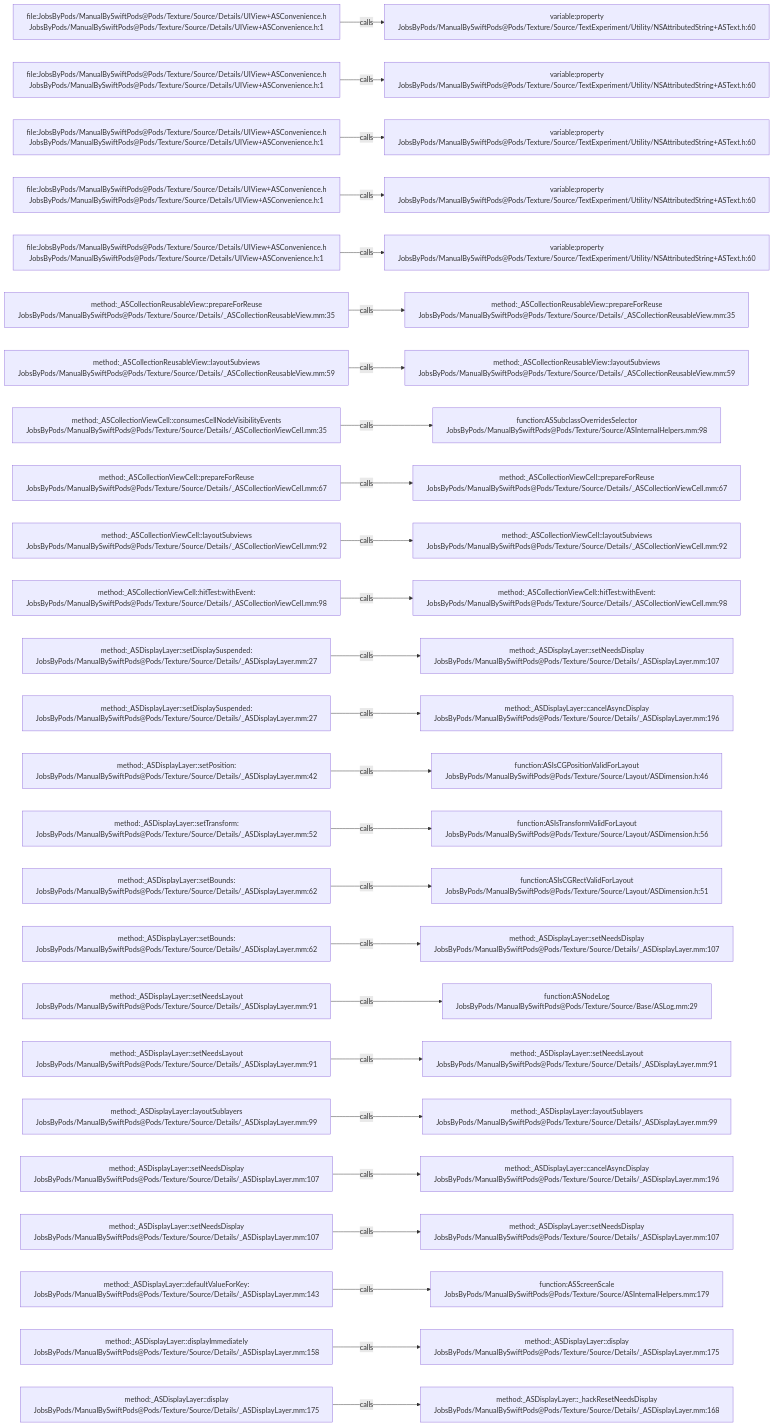
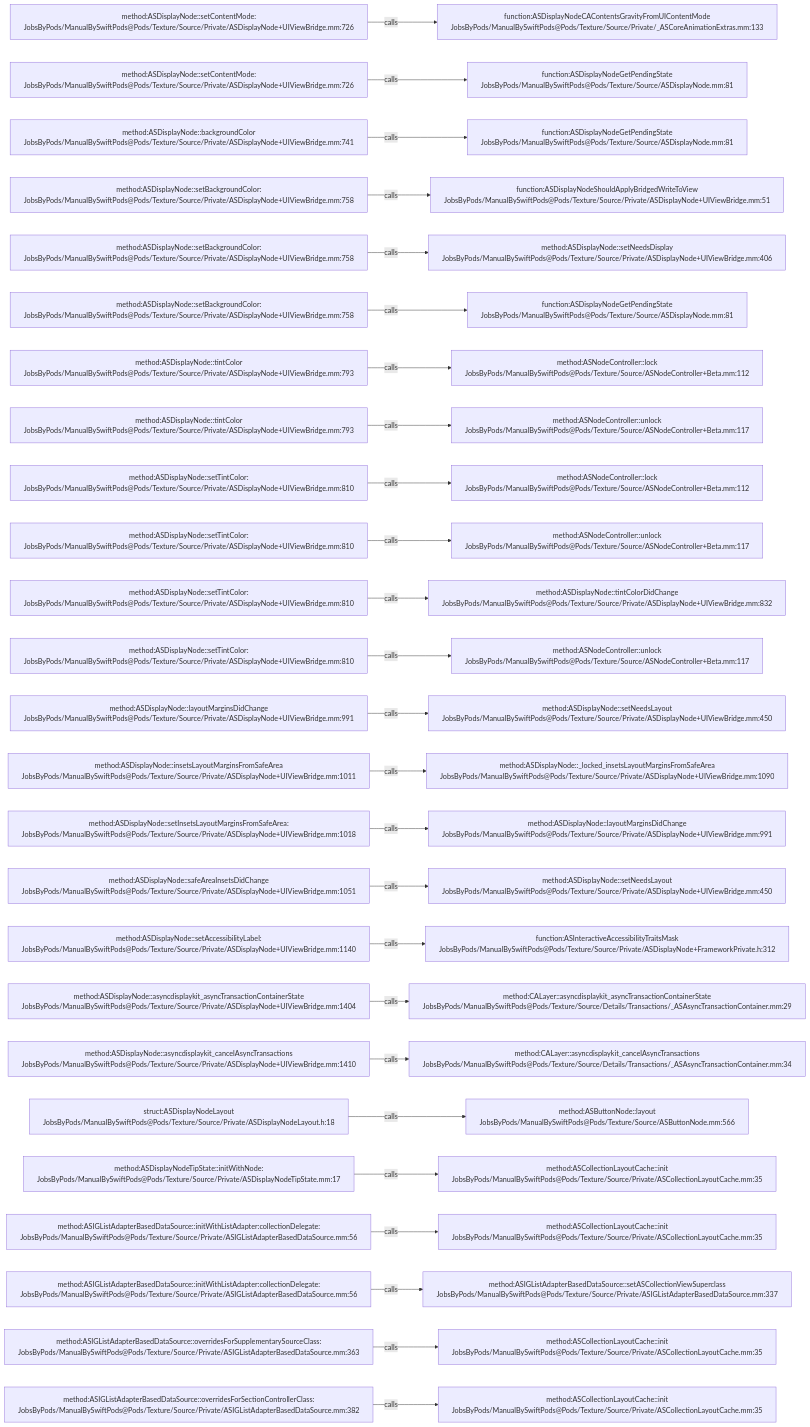
One commit to JobsKits/JobsSwiftBaseConfigDemo changed the diagram in .codegraph/codegraph.md/graphs/calls-120.md. Above: the diagram before and after it, drawn with Mermaid. The commit also changed 832 other files, not shown here.

````diff
--- a/.codegraph/codegraph.md/graphs/calls-120.md
+++ b/.codegraph/codegraph.md/graphs/calls-120.md
@@ -13,78 +13,78 @@
 ```mermaid
 flowchart LR
-  S1["file:JobsByPods/ManualBySwiftPods@Pods/Texture/Source/Details/UIView+ASConvenience.h<br/>JobsByPods/ManualBySwiftPods@Pods/Texture/Source/Details/UIView+ASConvenience.h:1"]
-  T1["variable:property<br/>JobsByPods/ManualBySwiftPods@Pods/Texture/Source/TextExperiment/Utility/NSAttributedString+ASText.h:60"]
+  S1["method:ASDisplayNode::setContentMode:<br/>JobsByPods/ManualBySwiftPods@Pods/Texture/Source/Private/ASDisplayNode+UIViewBridge.mm:726"]
+  T1["function:ASDisplayNodeCAContentsGravityFromUIContentMode<br/>JobsByPods/ManualBySwiftPods@Pods/Texture/Source/Private/_ASCoreAnimationExtras.mm:133"]
   S1 -->|calls| T1
-  S2["file:JobsByPods/ManualBySwiftPods@Pods/Texture/Source/Details/UIView+ASConvenience.h<br/>JobsByPods/ManualBySwiftPods@Pods/Texture/Source/Details/UIView+ASConvenience.h:1"]
-  T2["variable:property<br/>JobsByPods/ManualBySwiftPods@Pods/Texture/Source/TextExperiment/Utility/NSAttributedString+ASText.h:60"]
+  S2["method:ASDisplayNode::setContentMode:<br/>JobsByPods/ManualBySwiftPods@Pods/Texture/Source/Private/ASDisplayNode+UIViewBridge.mm:726"]
+  T2["function:ASDisplayNodeGetPendingState<br/>JobsByPods/ManualBySwiftPods@Pods/Texture/Source/ASDisplayNode.mm:81"]
   S2 -->|calls| T2
-  S3["file:JobsByPods/ManualBySwiftPods@Pods/Texture/Source/Details/UIView+ASConvenience.h<br/>JobsByPods/ManualBySwiftPods@Pods/Texture/Source/Details/UIView+ASConvenience.h:1"]
-  T3["variable:property<br/>JobsByPods/ManualBySwiftPods@Pods/Texture/Source/TextExperiment/Utility/NSAttributedString+ASText.h:60"]
+  S3["method:ASDisplayNode::backgroundColor<br/>JobsByPods/ManualBySwiftPods@Pods/Texture/Source/Private/ASDisplayNode+UIViewBridge.mm:741"]
+  T3["function:ASDisplayNodeGetPendingState<br/>JobsByPods/ManualBySwiftPods@Pods/Texture/Source/ASDisplayNode.mm:81"]
   S3 -->|calls| T3
-  S4["file:JobsByPods/ManualBySwiftPods@Pods/Texture/Source/Details/UIView+ASConvenience.h<br/>JobsByPods/ManualBySwiftPods@Pods/Texture/Source/Details/UIView+ASConvenience.h:1"]
-  T4["variable:property<br/>JobsByPods/ManualBySwiftPods@Pods/Texture/Source/TextExperiment/Utility/NSAttributedString+ASText.h:60"]
+  S4["method:ASDisplayNode::setBackgroundColor:<br/>JobsByPods/ManualBySwiftPods@Pods/Texture/Source/Private/ASDisplayNode+UIViewBridge.mm:758"]
+  T4["function:ASDisplayNodeShouldApplyBridgedWriteToView<br/>JobsByPods/ManualBySwiftPods@Pods/Texture/Source/Private/ASDisplayNode+UIViewBridge.mm:51"]
   S4 -->|calls| T4
-  S5["file:JobsByPods/ManualBySwiftPods@Pods/Texture/Source/Details/UIView+ASConvenience.h<br/>JobsByPods/ManualBySwiftPods@Pods/Texture/Source/Details/UIView+ASConvenience.h:1"]
-  T5["variable:property<br/>JobsByPods/ManualBySwiftPods@Pods/Texture/Source/TextExperiment/Utility/NSAttributedString+ASText.h:60"]
+  S5["method:ASDisplayNode::setBackgroundColor:<br/>JobsByPods/ManualBySwiftPods@Pods/Texture/Source/Private/ASDisplayNode+UIViewBridge.mm:758"]
+  T5["method:ASDisplayNode::setNeedsDisplay<br/>JobsByPods/ManualBySwiftPods@Pods/Texture/Source/Private/ASDisplayNode+UIViewBridge.mm:406"]
   S5 -->|calls| T5
-  S6["method:_ASCollectionReusableView::prepareForReuse<br/>JobsByPods/ManualBySwiftPods@Pods/Texture/Source/Details/_ASCollectionReusableView.mm:35"]
-  T6["method:_ASCollectionReusableView::prepareForReuse<br/>JobsByPods/ManualBySwiftPods@Pods/Texture/Source/Details/_ASCollectionReusableView.mm:35"]
+  S6["method:ASDisplayNode::setBackgroundColor:<br/>JobsByPods/ManualBySwiftPods@Pods/Texture/Source/Private/ASDisplayNode+UIViewBridge.mm:758"]
+  T6["function:ASDisplayNodeGetPendingState<br/>JobsByPods/ManualBySwiftPods@Pods/Texture/Source/ASDisplayNode.mm:81"]
   S6 -->|calls| T6
-  S7["method:_ASCollectionReusableView::layoutSubviews<br/>JobsByPods/ManualBySwiftPods@Pods/Texture/Source/Details/_ASCollectionReusableView.mm:59"]
-  T7["method:_ASCollectionReusableView::layoutSubviews<br/>JobsByPods/ManualBySwiftPods@Pods/Texture/Source/Details/_ASCollectionReusableView.mm:59"]
+  S7["method:ASDisplayNode::tintColor<br/>JobsByPods/ManualBySwiftPods@Pods/Texture/Source/Private/ASDisplayNode+UIViewBridge.mm:793"]
+  T7["method:ASNodeController::lock<br/>JobsByPods/ManualBySwiftPods@Pods/Texture/Source/ASNodeController+Beta.mm:112"]
   S7 -->|calls| T7
-  S8["method:_ASCollectionViewCell::consumesCellNodeVisibilityEvents<br/>JobsByPods/ManualBySwiftPods@Pods/Texture/Source/Details/_ASCollectionViewCell.mm:35"]
-  T8["function:ASSubclassOverridesSelector<br/>JobsByPods/ManualBySwiftPods@Pods/Texture/Source/ASInternalHelpers.mm:98"]
+  S8["method:ASDisplayNode::tintColor<br/>JobsByPods/ManualBySwiftPods@Pods/Texture/Source/Private/ASDisplayNode+UIViewBridge.mm:793"]
+  T8["method:ASNodeController::unlock<br/>JobsByPods/ManualBySwiftPods@Pods/Texture/Source/ASNodeController+Beta.mm:117"]
   S8 -->|calls| T8
-  S9["method:_ASCollectionViewCell::prepareForReuse<br/>JobsByPods/ManualBySwiftPods@Pods/Texture/Source/Details/_ASCollectionViewCell.mm:67"]
-  T9["method:_ASCollectionViewCell::prepareForReuse<br/>JobsByPods/ManualBySwiftPods@Pods/Texture/Source/Details/_ASCollectionViewCell.mm:67"]
+  S9["method:ASDisplayNode::setTintColor:<br/>JobsByPods/ManualBySwiftPods@Pods/Texture/Source/Private/ASDisplayNode+UIViewBridge.mm:810"]
+  T9["method:ASNodeController::lock<br/>JobsByPods/ManualBySwiftPods@Pods/Texture/Source/ASNodeController+Beta.mm:112"]
   S9 -->|calls| T9
-  S10["method:_ASCollectionViewCell::layoutSubviews<br/>JobsByPods/ManualBySwiftPods@Pods/Texture/Source/Details/_ASCollectionViewCell.mm:92"]
-  T10["method:_ASCollectionViewCell::layoutSubviews<br/>JobsByPods/ManualBySwiftPods@Pods/Texture/Source/Details/_ASCollectionViewCell.mm:92"]
+  S10["method:ASDisplayNode::setTintColor:<br/>JobsByPods/ManualBySwiftPods@Pods/Texture/Source/Private/ASDisplayNode+UIViewBridge.mm:810"]
+  T10["method:ASNodeController::unlock<br/>JobsByPods/ManualBySwiftPods@Pods/Texture/Source/ASNodeController+Beta.mm:117"]
   S10 -->|calls| T10
-  S11["method:_ASCollectionViewCell::hitTest:withEvent:<br/>JobsByPods/ManualBySwiftPods@Pods/Texture/Source/Details/_ASCollectionViewCell.mm:98"]
-  T11["method:_ASCollectionViewCell::hitTest:withEvent:<br/>JobsByPods/ManualBySwiftPods@Pods/Texture/Source/Details/_ASCollectionViewCell.mm:98"]
+  S11["method:ASDisplayNode::setTintColor:<br/>JobsByPods/ManualBySwiftPods@Pods/Texture/Source/Private/ASDisplayNode+UIViewBridge.mm:810"]
+  T11["method:ASDisplayNode::tintColorDidChange<br/>JobsByPods/ManualBySwiftPods@Pods/Texture/Source/Private/ASDisplayNode+UIViewBridge.mm:832"]
   S11 -->|calls| T11
-  S12["method:_ASDisplayLayer::setDisplaySuspended:<br/>JobsByPods/ManualBySwiftPods@Pods/Texture/Source/Details/_ASDisplayLayer.mm:27"]
-  T12["method:_ASDisplayLayer::setNeedsDisplay<br/>JobsByPods/ManualBySwiftPods@Pods/Texture/Source/Details/_ASDisplayLayer.mm:107"]
+  S12["method:ASDisplayNode::setTintColor:<br/>JobsByPods/ManualBySwiftPods@Pods/Texture/Source/Private/ASDisplayNode+UIViewBridge.mm:810"]
+  T12["method:ASNodeController::unlock<br/>JobsByPods/ManualBySwiftPods@Pods/Texture/Source/ASNodeController+Beta.mm:117"]
   S12 -->|calls| T12
-  S13["method:_ASDisplayLayer::setDisplaySuspended:<br/>JobsByPods/ManualBySwiftPods@Pods/Texture/Source/Details/_ASDisplayLayer.mm:27"]
-  T13["method:_ASDisplayLayer::cancelAsyncDisplay<br/>JobsByPods/ManualBySwiftPods@Pods/Texture/Source/Details/_ASDisplayLayer.mm:196"]
+  S13["method:ASDisplayNode::layoutMarginsDidChange<br/>JobsByPods/ManualBySwiftPods@Pods/Texture/Source/Private/ASDisplayNode+UIViewBridge.mm:991"]
+  T13["method:ASDisplayNode::setNeedsLayout<br/>JobsByPods/ManualBySwiftPods@Pods/Texture/Source/Private/ASDisplayNode+UIViewBridge.mm:450"]
   S13 -->|calls| T13
-  S14["method:_ASDisplayLayer::setPosition:<br/>JobsByPods/ManualBySwiftPods@Pods/Texture/Source/Details/_ASDisplayLayer.mm:42"]
-  T14["function:ASIsCGPositionValidForLayout<br/>JobsByPods/ManualBySwiftPods@Pods/Texture/Source/Layout/ASDimension.h:46"]
+  S14["method:ASDisplayNode::insetsLayoutMarginsFromSafeArea<br/>JobsByPods/ManualBySwiftPods@Pods/Texture/Source/Private/ASDisplayNode+UIViewBridge.mm:1011"]
+  T14["method:ASDisplayNode::_locked_insetsLayoutMarginsFromSafeArea<br/>JobsByPods/ManualBySwiftPods@Pods/Texture/Source/Private/ASDisplayNode+UIViewBridge.mm:1090"]
   S14 -->|calls| T14
-  S15["method:_ASDisplayLayer::setTransform:<br/>JobsByPods/ManualBySwiftPods@Pods/Texture/Source/Details/_ASDisplayLayer.mm:52"]
-  T15["function:ASIsTransformValidForLayout<br/>JobsByPods/ManualBySwiftPods@Pods/Texture/Source/Layout/ASDimension.h:56"]
+  S15["method:ASDisplayNode::setInsetsLayoutMarginsFromSafeArea:<br/>JobsByPods/ManualBySwiftPods@Pods/Texture/Source/Private/ASDisplayNode+UIViewBridge.mm:1018"]
+  T15["method:ASDisplayNode::layoutMarginsDidChange<br/>JobsByPods/ManualBySwiftPods@Pods/Texture/Source/Private/ASDisplayNode+UIViewBridge.mm:991"]
   S15 -->|calls| T15
-  S16["method:_ASDisplayLayer::setBounds:<br/>JobsByPods/ManualBySwiftPods@Pods/Texture/Source/Details/_ASDisplayLayer.mm:62"]
-  T16["function:ASIsCGRectValidForLayout<br/>JobsByPods/ManualBySwiftPods@Pods/Texture/Source/Layout/ASDimension.h:51"]
+  S16["method:ASDisplayNode::safeAreaInsetsDidChange<br/>JobsByPods/ManualBySwiftPods@Pods/Texture/Source/Private/ASDisplayNode+UIViewBridge.mm:1051"]
+  T16["method:ASDisplayNode::setNeedsLayout<br/>JobsByPods/ManualBySwiftPods@Pods/Texture/Source/Private/ASDisplayNode+UIViewBridge.mm:450"]
   S16 -->|calls| T16
-  S17["method:_ASDisplayLayer::setBounds:<br/>JobsByPods/ManualBySwiftPods@Pods/Texture/Source/Details/_ASDisplayLayer.mm:62"]
-  T17["method:_ASDisplayLayer::setNeedsDisplay<br/>JobsByPods/ManualBySwiftPods@Pods/Texture/Source/Details/_ASDisplayLayer.mm:107"]
+  S17["method:ASDisplayNode::setAccessibilityLabel:<br/>JobsByPods/ManualBySwiftPods@Pods/Texture/Source/Private/ASDisplayNode+UIViewBridge.mm:1140"]
+  T17["function:ASInteractiveAccessibilityTraitsMask<br/>JobsByPods/ManualBySwiftPods@Pods/Texture/Source/Private/ASDisplayNode+FrameworkPrivate.h:312"]
   S17 -->|calls| T17
-  S18["method:_ASDisplayLayer::setNeedsLayout<br/>JobsByPods/ManualBySwiftPods@Pods/Texture/Source/Details/_ASDisplayLayer.mm:91"]
-  T18["function:ASNodeLog<br/>JobsByPods/ManualBySwiftPods@Pods/Texture/Source/Base/ASLog.mm:29"]
+  S18["method:ASDisplayNode::asyncdisplaykit_asyncTransactionContainerState<br/>JobsByPods/ManualBySwiftPods@Pods/Texture/Source/Private/ASDisplayNode+UIViewBridge.mm:1404"]
+  T18["method:CALayer::asyncdisplaykit_asyncTransactionContainerState<br/>JobsByPods/ManualBySwiftPods@Pods/Texture/Source/Details/Transactions/_ASAsyncTransactionContainer.mm:29"]
   S18 -->|calls| T18
-  S19["method:_ASDisplayLayer::setNeedsLayout<br/>JobsByPods/ManualBySwiftPods@Pods/Texture/Source/Details/_ASDisplayLayer.mm:91"]
-  T19["method:_ASDisplayLayer::setNeedsLayout<br/>JobsByPods/ManualBySwiftPods@Pods/Texture/Source/Details/_ASDisplayLayer.mm:91"]
+  S19["method:ASDisplayNode::asyncdisplaykit_cancelAsyncTransactions<br/>JobsByPods/ManualBySwiftPods@Pods/Texture/Source/Private/ASDisplayNode+UIViewBridge.mm:1410"]
+  T19["method:CALayer::asyncdisplaykit_cancelAsyncTransactions<br/>JobsByPods/ManualBySwiftPods@Pods/Texture/Source/Details/Transactions/_ASAsyncTransactionContainer.mm:34"]
   S19 -->|calls| T19
-  S20["method:_ASDisplayLayer::layoutSublayers<br/>JobsByPods/ManualBySwiftPods@Pods/Texture/Source/Details/_ASDisplayLayer.mm:99"]
-  T20["method:_ASDisplayLayer::layoutSublayers<br/>JobsByPods/ManualBySwiftPods@Pods/Texture/Source/Details/_ASDisplayLayer.mm:99"]
+  S20["struct:ASDisplayNodeLayout<br/>JobsByPods/ManualBySwiftPods@Pods/Texture/Source/Private/ASDisplayNodeLayout.h:18"]
+  T20["method:ASButtonNode::layout<br/>JobsByPods/ManualBySwiftPods@Pods/Texture/Source/ASButtonNode.mm:566"]
   S20 -->|calls| T20
-  S21["method:_ASDisplayLayer::setNeedsDisplay<br/>JobsByPods/ManualBySwiftPods@Pods/Texture/Source/Details/_ASDisplayLayer.mm:107"]
-  T21["method:_ASDisplayLayer::cancelAsyncDisplay<br/>JobsByPods/ManualBySwiftPods@Pods/Texture/Source/Details/_ASDisplayLayer.mm:196"]
+  S21["method:ASDisplayNodeTipState::initWithNode:<br/>JobsByPods/ManualBySwiftPods@Pods/Texture/Source/Private/ASDisplayNodeTipState.mm:17"]
+  T21["method:ASCollectionLayoutCache::init<br/>JobsByPods/ManualBySwiftPods@Pods/Texture/Source/Private/ASCollectionLayoutCache.mm:35"]
   S21 -->|calls| T21
-  S22["method:_ASDisplayLayer::setNeedsDisplay<br/>JobsByPods/ManualBySwiftPods@Pods/Texture/Source/Details/_ASDisplayLayer.mm:107"]
-  T22["method:_ASDisplayLayer::setNeedsDisplay<br/>JobsByPods/ManualBySwiftPods@Pods/Texture/Source/Details/_ASDisplayLayer.mm:107"]
+  S22["method:ASIGListAdapterBasedDataSource::initWithListAdapter:collectionDelegate:<br/>JobsByPods/ManualBySwiftPods@Pods/Texture/Source/Private/ASIGListAdapterBasedDataSource.mm:56"]
+  T22["method:ASCollectionLayoutCache::init<br/>JobsByPods/ManualBySwiftPods@Pods/Texture/Source/Private/ASCollectionLayoutCache.mm:35"]
   S22 -->|calls| T22
-  S23["method:_ASDisplayLayer::defaultValueForKey:<br/>JobsByPods/ManualBySwiftPods@Pods/Texture/Source/Details/_ASDisplayLayer.mm:143"]
-  T23["function:ASScreenScale<br/>JobsByPods/ManualBySwiftPods@Pods/Texture/Source/ASInternalHelpers.mm:179"]
+  S23["method:ASIGListAdapterBasedDataSource::initWithListAdapter:collectionDelegate:<br/>JobsByPods/ManualBySwiftPods@Pods/Texture/Source/Private/ASIGListAdapterBasedDataSource.mm:56"]
+  T23["method:ASIGListAdapterBasedDataSource::setASCollectionViewSuperclass<br/>JobsByPods/ManualBySwiftPods@Pods/Texture/Source/Private/ASIGListAdapterBasedDataSource.mm:337"]
   S23 -->|calls| T23
-  S24["method:_ASDisplayLayer::displayImmediately<br/>JobsByPods/ManualBySwiftPods@Pods/Texture/Source/Details/_ASDisplayLayer.mm:158"]
-  T24["method:_ASDisplayLayer::display<br/>JobsByPods/ManualBySwiftPods@Pods/Texture/Source/Details/_ASDisplayLayer.mm:175"]
+  S24["method:ASIGListAdapterBasedDataSource::overridesForSupplementarySourceClass:<br/>JobsByPods/ManualBySwiftPods@Pods/Texture/Source/Private/ASIGListAdapterBasedDataSource.mm:363"]
+  T24["method:ASCollectionLayoutCache::init<br/>JobsByPods/ManualBySwiftPods@Pods/Texture/Source/Private/ASCollectionLayoutCache.mm:35"]
   S24 -->|calls| T24
-  S25["method:_ASDisplayLayer::display<br/>JobsByPods/ManualBySwiftPods@Pods/Texture/Source/Details/_ASDisplayLayer.mm:175"]
-  T25["method:_ASDisplayLayer::_hackResetNeedsDisplay<br/>JobsByPods/ManualBySwiftPods@Pods/Texture/Source/Details/_ASDisplayLayer.mm:168"]
+  S25["method:ASIGListAdapterBasedDataSource::overridesForSectionControllerClass:<br/>JobsByPods/ManualBySwiftPods@Pods/Texture/Source/Private/ASIGListAdapterBasedDataSource.mm:382"]
+  T25["method:ASCollectionLayoutCache::init<br/>JobsByPods/ManualBySwiftPods@Pods/Texture/Source/Private/ASCollectionLayoutCache.mm:35"]
   S25 -->|calls| T25
 ```
````
